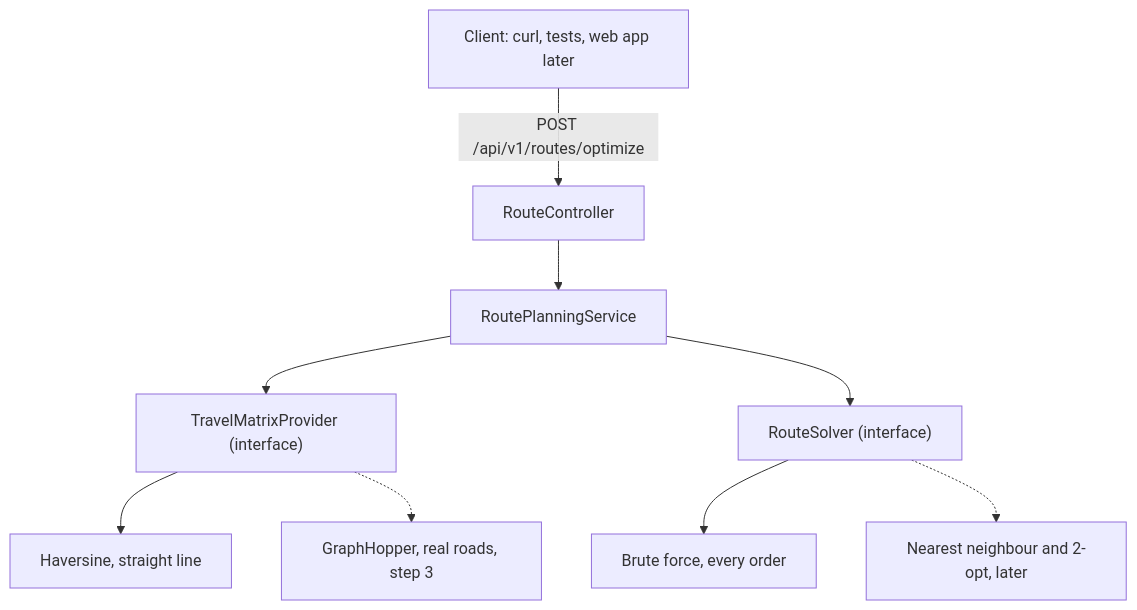
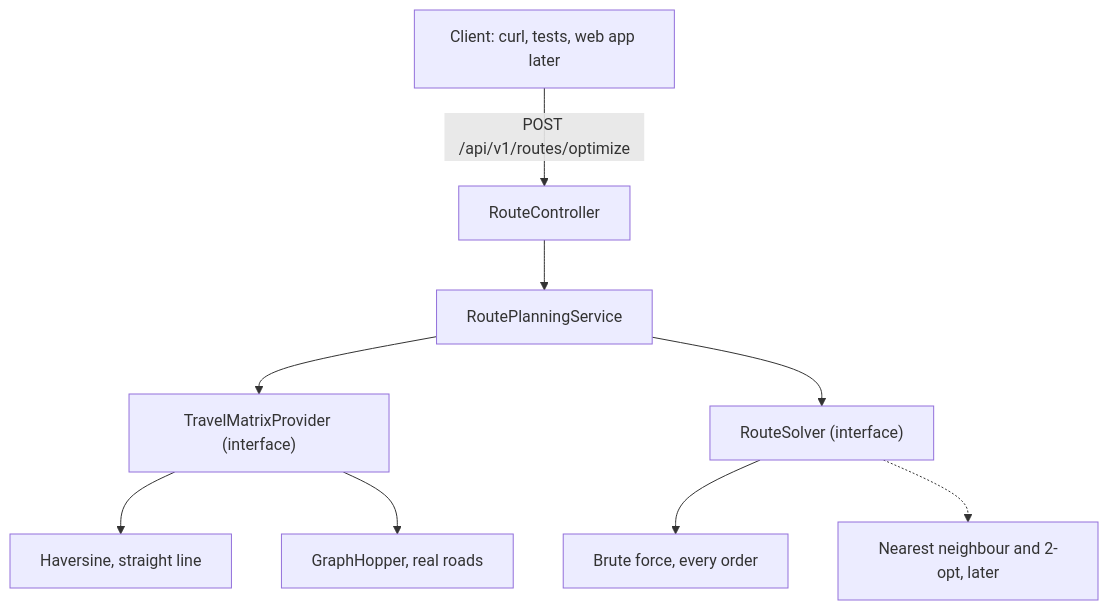
Before and after one commit to gerald-guledew/multi-stop-route-planner: the diagram in docs/architecture.md, drawn with Mermaid. The commit also changed other lines of this file and 13 other files, not shown here.

First line of the commit message:
Step 3: real driving distances from GraphHopper (#9)

````diff
--- a/docs/architecture.md
+++ b/docs/architecture.md
@@ -7,11 +7,11 @@
 ```mermaid
 flowchart TD
     Client["Client: curl, tests, web app later"] -->|"POST /api/v1/routes/optimize"| Controller[RouteController]
     Controller --> Service[RoutePlanningService]
     Service --> Provider["TravelMatrixProvider (interface)"]
     Service --> Solver["RouteSolver (interface)"]
     Provider --> Haversine["Haversine, straight line"]
-    Provider -.-> GraphHopper["GraphHopper, real roads, step 3"]
+    Provider --> GraphHopper["GraphHopper, real roads"]
     Solver --> Brute["Brute force, every order"]
     Solver -.-> Heuristic["Nearest neighbour and 2-opt, later"]
 ```
````
